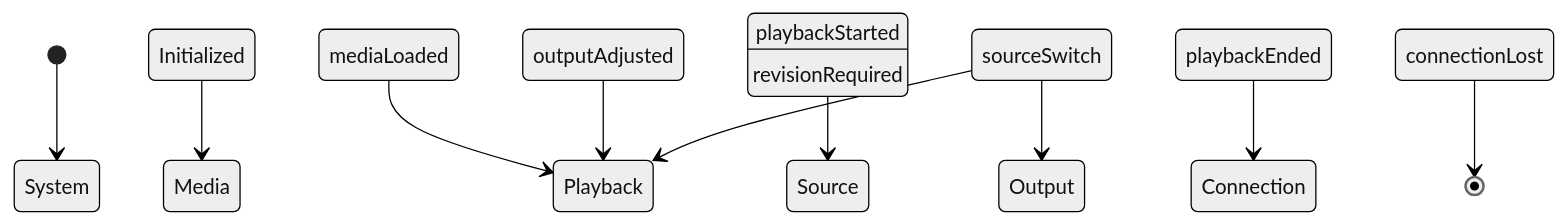
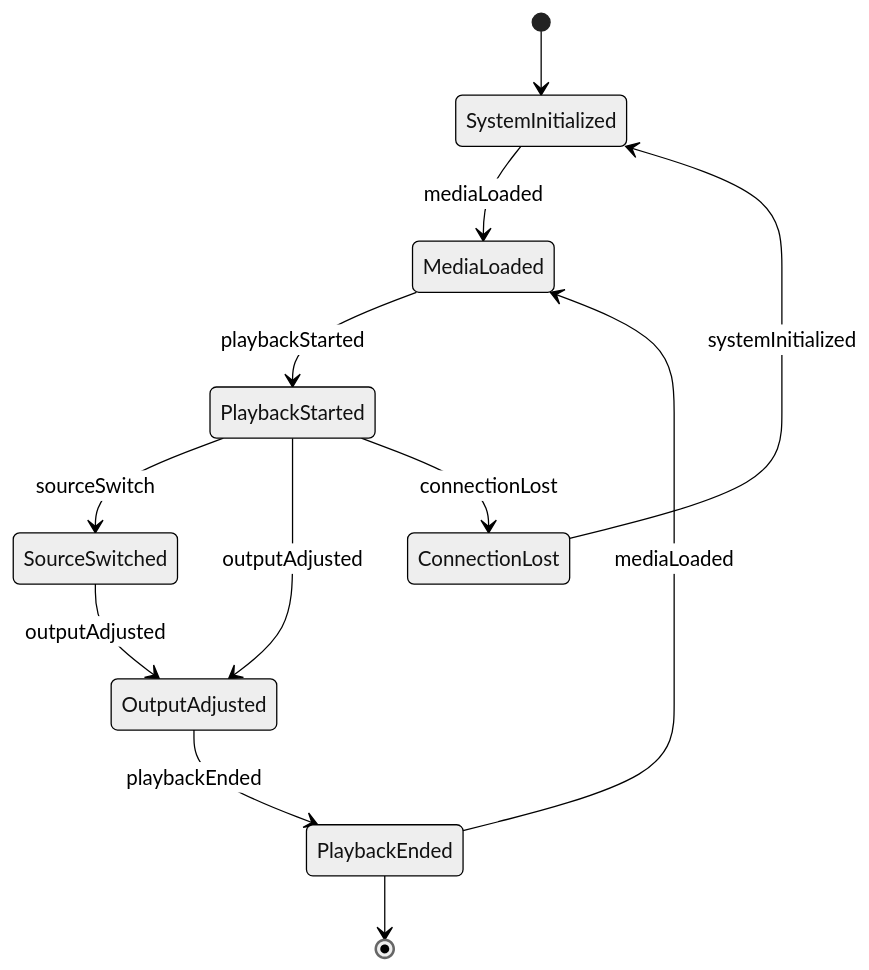
One commit to dot-org-ai/tasks.org.ai changed the second of 4 diagrams in ControllingMachinesAndProcesses/OperateAudiovisualOrRelatedEquipment/OperateAudio-visualEquipment.mdx. Above: the diagram before and after it, drawn with Mermaid (neutral theme). The commit also changed other lines of this file and 515 other files, not shown here.

````diff
--- a/ControllingMachinesAndProcesses/OperateAudiovisualOrRelatedEquipment/OperateAudio-visualEquipment.mdx
+++ b/ControllingMachinesAndProcesses/OperateAudiovisualOrRelatedEquipment/OperateAudio-visualEquipment.mdx
@@ -98,12 +98,14 @@
 ```mermaid
 stateDiagram-v2
-    [*] --> System Initialized
-    System Initialized --> Media Loaded : mediaLoaded
-    Media Loaded --> Playback Started : playbackStarted
-    Playback Started --> Source Switch : sourceSwitch
-    Source Switch --> Output Adjusted : outputAdjusted
-    Output Adjusted --> Playback Ended : playbackEnded
-    Playback Ended --> Connection Lost : connectionLost
-    Source Switch --> Playback Started : revisionRequired
-    Connection Lost --> [*]
+    [*] --> SystemInitialized
+    SystemInitialized --> MediaLoaded : mediaLoaded
+    MediaLoaded --> PlaybackStarted : playbackStarted
+    PlaybackStarted --> SourceSwitched : sourceSwitch
+    SourceSwitched --> OutputAdjusted : outputAdjusted
+    PlaybackStarted --> OutputAdjusted : outputAdjusted
+    OutputAdjusted --> PlaybackEnded : playbackEnded
+    PlaybackEnded --> MediaLoaded : mediaLoaded
+    PlaybackStarted --> ConnectionLost : connectionLost
+    ConnectionLost --> SystemInitialized : systemInitialized
+    PlaybackEnded --> [*]
 ```
````
